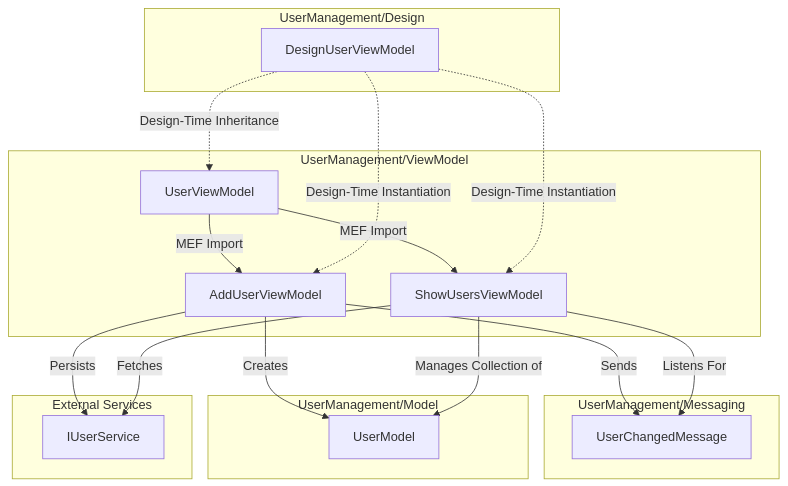
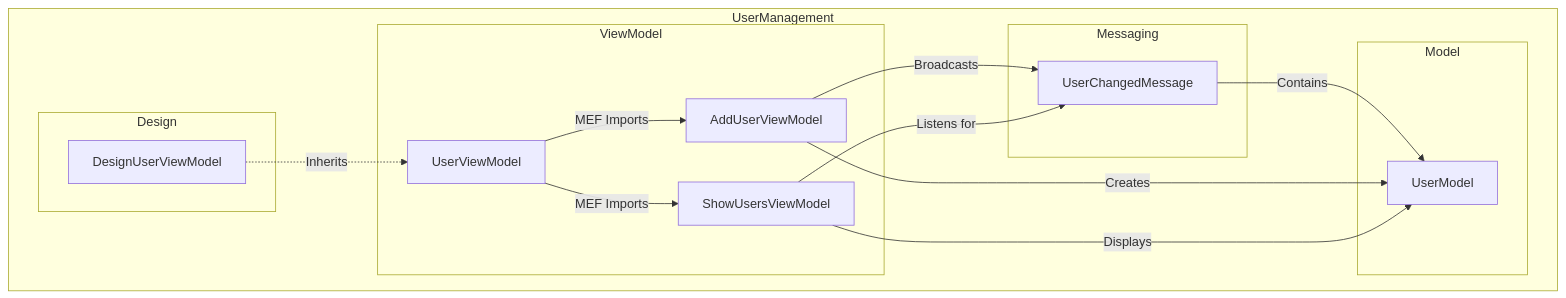
Before and after one commit to wetzlmaier-scch/mvvm: the diagram in doc/UserManagement.md, drawn with Mermaid. The commit also changed other lines of this file and 111 other files, not shown here.

````diff
--- a/doc/UserManagement.md
+++ b/doc/UserManagement.md
@@ -20,40 +22,28 @@
 ```mermaid
 flowchart TD
-    subgraph "UserManagement/ViewModel"
-        UV[UserViewModel]
-        AUV[AddUserViewModel]
-        SUV[ShowUsersViewModel]
+    subgraph "UserManagement"
+        subgraph "ViewModel"
+            UV["UserViewModel"]
+            AV["AddUserViewModel"]
+            SV["ShowUsersViewModel"]
+        end
+        subgraph "Messaging"
+            UCM["UserChangedMessage"]
+        end
+        subgraph "Model"
+            UM["UserModel"]
+        end
+        subgraph "Design"
+            DUV["DesignUserViewModel"]
+        end
     end
 
-    subgraph "UserManagement/Messaging"
-        MSG[UserChangedMessage]
-    end
-
-    subgraph "UserManagement/Model"
-        UM[UserModel]
-    end
-
-    subgraph "UserManagement/Design"
-        DUV[DesignUserViewModel]
-    end
-
-    subgraph "External Services"
-        IUS[IUserService]
-    end
-
-    UV -->|MEF Import| AUV
-    UV -->|MEF Import| SUV
-    
-    AUV -->|Creates| UM
-    SUV -->|Manages Collection of| UM
-    
-    AUV -->|Sends| MSG
-    SUV -->|Listens For| MSG
-    
-    AUV -->|Persists| IUS
-    SUV -->|Fetches| IUS
-
-    DUV -.->|Design-Time Inheritance| UV
-    DUV -.->|Design-Time Instantiation| AUV
-    DUV -.->|Design-Time Instantiation| SUV
+    UV -->|MEF Imports| AV
+    UV -->|MEF Imports| SV
+    AV -->|Broadcasts| UCM
+    UCM -->|Contains| UM
+    SV -->|Listens for| UCM
+    AV -->|Creates| UM
+    SV -->|Displays| UM
+    DUV -.->|Inherits| UV
 ```
````
